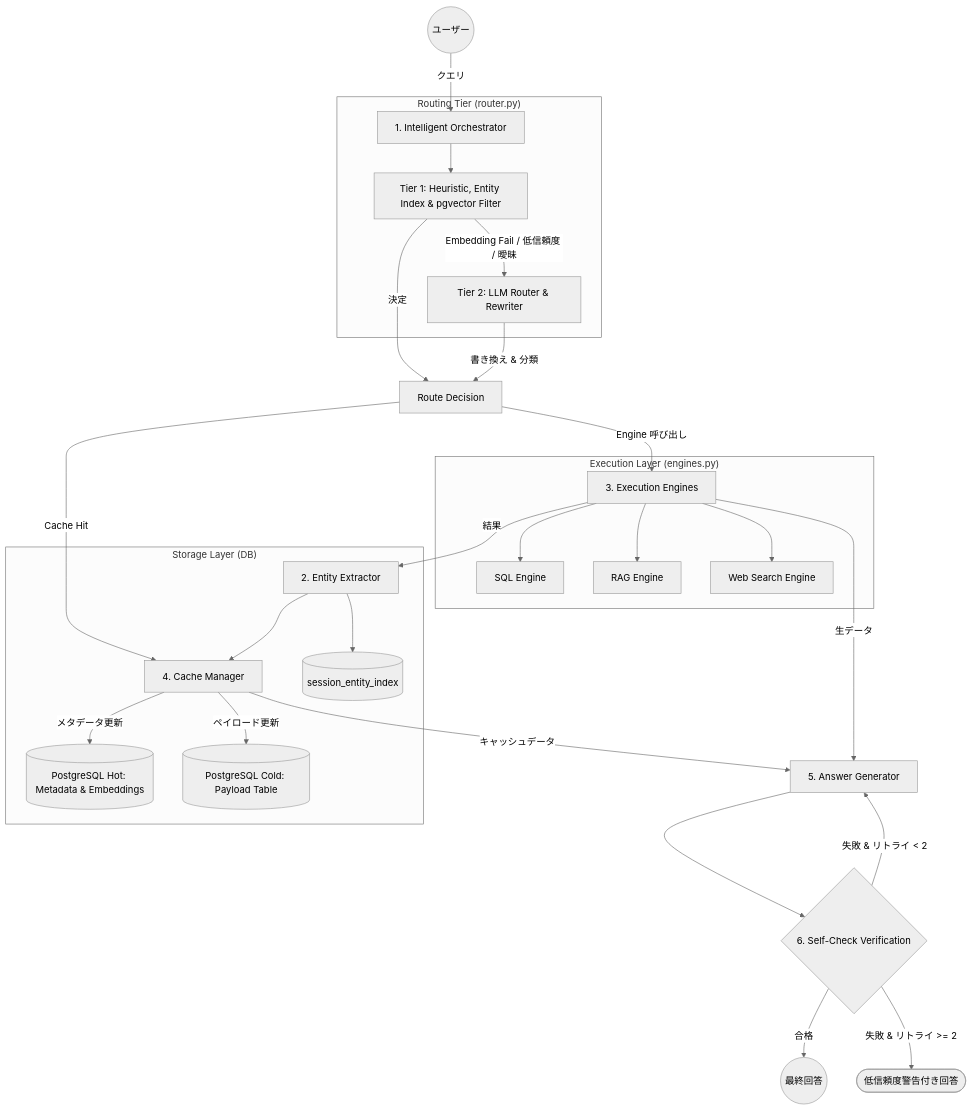
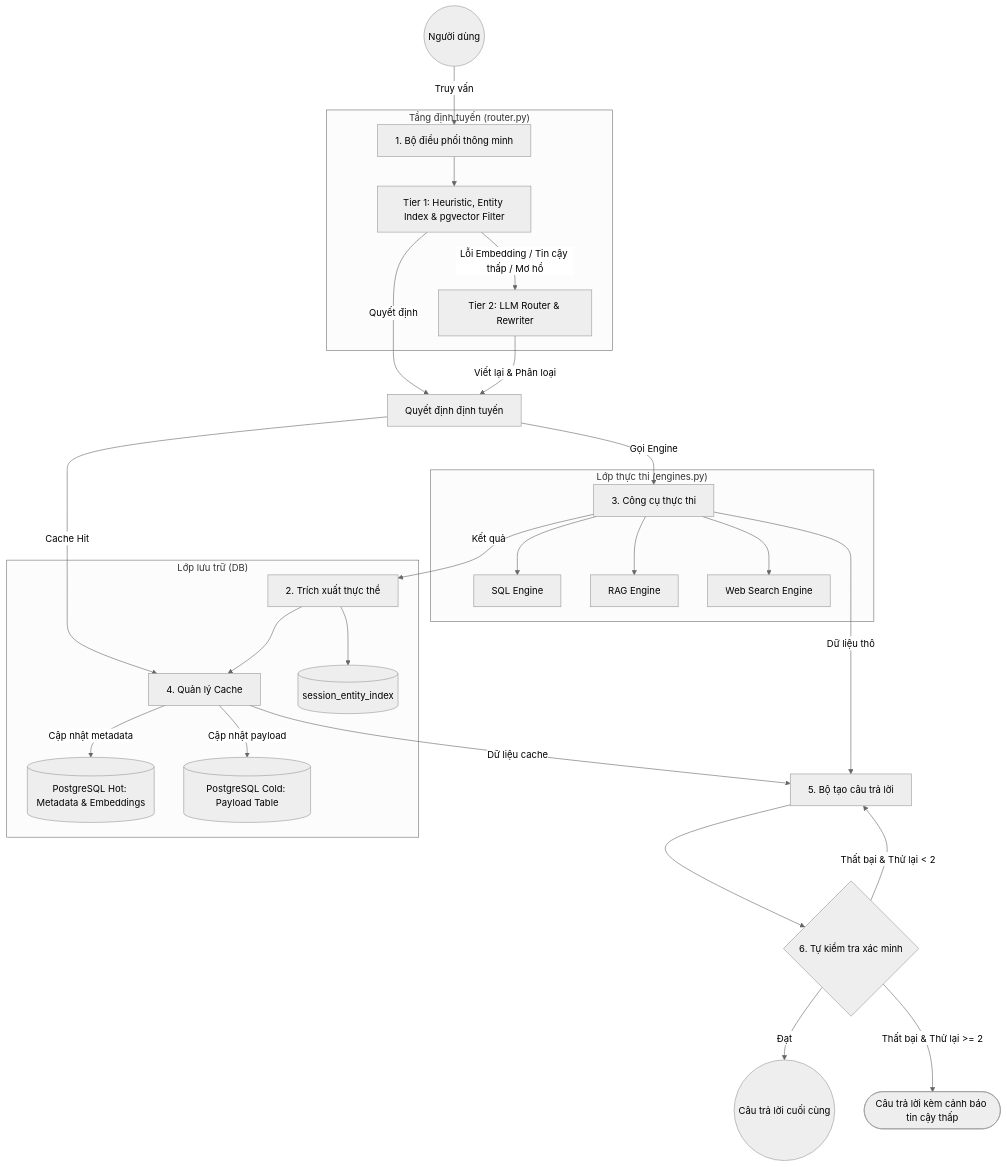
One commit to TCTri205/Tro-li-ao-Javis changed the diagram in multi-turn-context-manager/docs/architecture_overview.md. Above: the diagram before and after it, drawn with Mermaid (neutral theme). The commit also changed other lines of this file and 7 other files, not shown here.

````diff
--- a/multi-turn-context-manager/docs/architecture_overview.md
+++ b/multi-turn-context-manager/docs/architecture_overview.md
@@ -9,38 +9,38 @@
 ```mermaid
 graph TD
-    User((ユーザー)) -->|クエリ| Orch[1. Intelligent Orchestrator]
+    User((Người dùng)) -->|Truy vấn| Orch[1. Bộ điều phối thông minh]
     
-    subgraph "Routing Tier (router.py)"
+    subgraph "Tầng định tuyến (router.py)"
         Orch --> T1[Tier 1: Heuristic, Entity Index & pgvector Filter]
-        T1 -->|Embedding Fail / 低信頼度 / 曖昧| T2[Tier 2: LLM Router & Rewriter]
+        T1 -->|Lỗi Embedding / Tin cậy thấp / Mơ hồ| T2[Tier 2: LLM Router & Rewriter]
     end
     
-    T1 -->|決定| Decision[Route Decision]
-    T2 -->|書き換え & 分類| Decision
+    T1 -->|Quyết định| Decision[Quyết định định tuyến]
+    T2 -->|Viết lại & Phân loại| Decision
     
     Decision -->|Cache Hit| CacheMgr
-    Decision -->|Engine 呼び出し| Engines[3. Execution Engines]
+    Decision -->|Gọi Engine| Engines[3. Công cụ thực thi]
     
-    subgraph "Execution Layer (engines.py)"
+    subgraph "Lớp thực thi (engines.py)"
         Engines --> SQL[SQL Engine]
         Engines --> RAG[RAG Engine]
         Engines --> WEB[Web Search Engine]
     end
     
-    Engines -->|結果| EntityExtractor[2. Entity Extractor]
-    EntityExtractor --> CacheMgr[4. Cache Manager]
+    Engines -->|Kết quả| EntityExtractor[2. Trích xuất thực thể]
+    EntityExtractor --> CacheMgr[4. Quản lý Cache]
     
-    subgraph "Storage Layer (DB)"
-        CacheMgr -->|メタデータ更新| DB_Hot[(PostgreSQL Hot: Metadata & Embeddings)]
-        CacheMgr -->|ペイロード更新| DB_Cold[(PostgreSQL Cold: Payload Table)]
+    subgraph "Lớp lưu trữ (DB)"
+        CacheMgr -->|Cập nhật metadata| DB_Hot[(PostgreSQL Hot: Metadata & Embeddings)]
+        CacheMgr -->|Cập nhật payload| DB_Cold[(PostgreSQL Cold: Payload Table)]
         EntityExtractor --> DB_Entity[(session_entity_index)]
     end
     
-    Engines -->|生データ| LLM[5. Answer Generator]
-    CacheMgr -->|キャッシュデータ| LLM
+    Engines -->|Dữ liệu thô| LLM[5. Bộ tạo câu trả lời]
+    CacheMgr -->|Dữ liệu cache| LLM
     
-    LLM --> Verify{6. Self-Check Verification}
-    Verify -->|合格| Response((最終回答))
-    Verify -->|失敗 & リトライ < 2| LLM
-    Verify -->|失敗 & リトライ >= 2| FallbackResponse([低信頼度警告付き回答])
+    LLM --> Verify{6. Tự kiểm tra xác minh}
+    Verify -->|Đạt| Response((Câu trả lời cuối cùng))
+    Verify -->|Thất bại & Thử lại < 2| LLM
+    Verify -->|Thất bại & Thử lại >= 2| FallbackResponse([Câu trả lời kèm cảnh báo tin cậy thấp])
 ```
````
